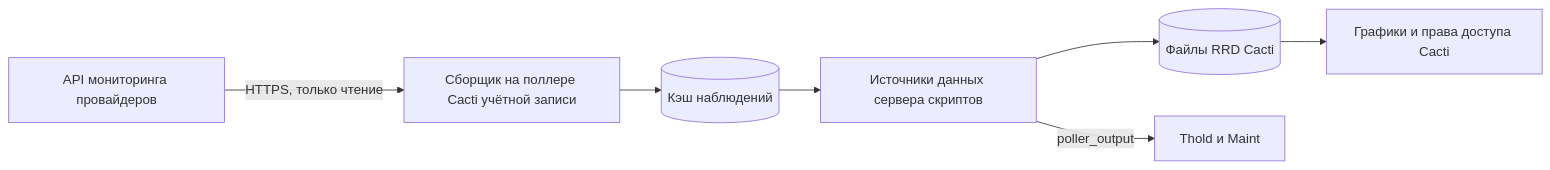
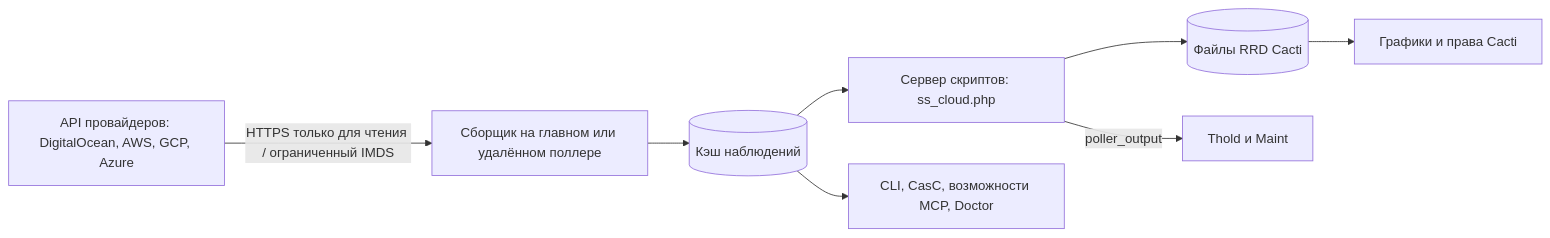
Before and after one commit to somethingwithproof/plugin_cloud: the diagram in docs/i18n/ru-RU/README.md, drawn with Mermaid. The commit also changed other lines of this file and 48 other files, not shown here.

First line of the commit message:
docs(readme): document AWS, GCP, Azure drivers, remote collectors, and ecosystem hooks

````diff
--- a/docs/i18n/ru-RU/README.md
+++ b/docs/i18n/ru-RU/README.md
@@ -110,9 +148,10 @@
 ```mermaid
 flowchart LR
-    API[API мониторинга провайдеров] -->|HTTPS, только чтение| C[Сборщик на поллере Cacti учётной записи]
+    API[API провайдеров: DigitalOcean, AWS, GCP, Azure] -->|HTTPS только для чтения / ограниченный IMDS| C[Сборщик на главном или удалённом поллере]
     C --> O[(Кэш наблюдений)]
-    O --> SS[Источники данных сервера скриптов]
+    O --> SS[Сервер скриптов: ss_cloud.php]
     SS --> RRD[(Файлы RRD Cacti)]
     SS -->|poller_output| T[Thold и Maint]
-    RRD --> G[Графики и права доступа Cacti]
+    RRD --> G[Графики и права Cacti]
+    O --> ECO[CLI, CasC, возможности MCP, Doctor]
 ```
````
